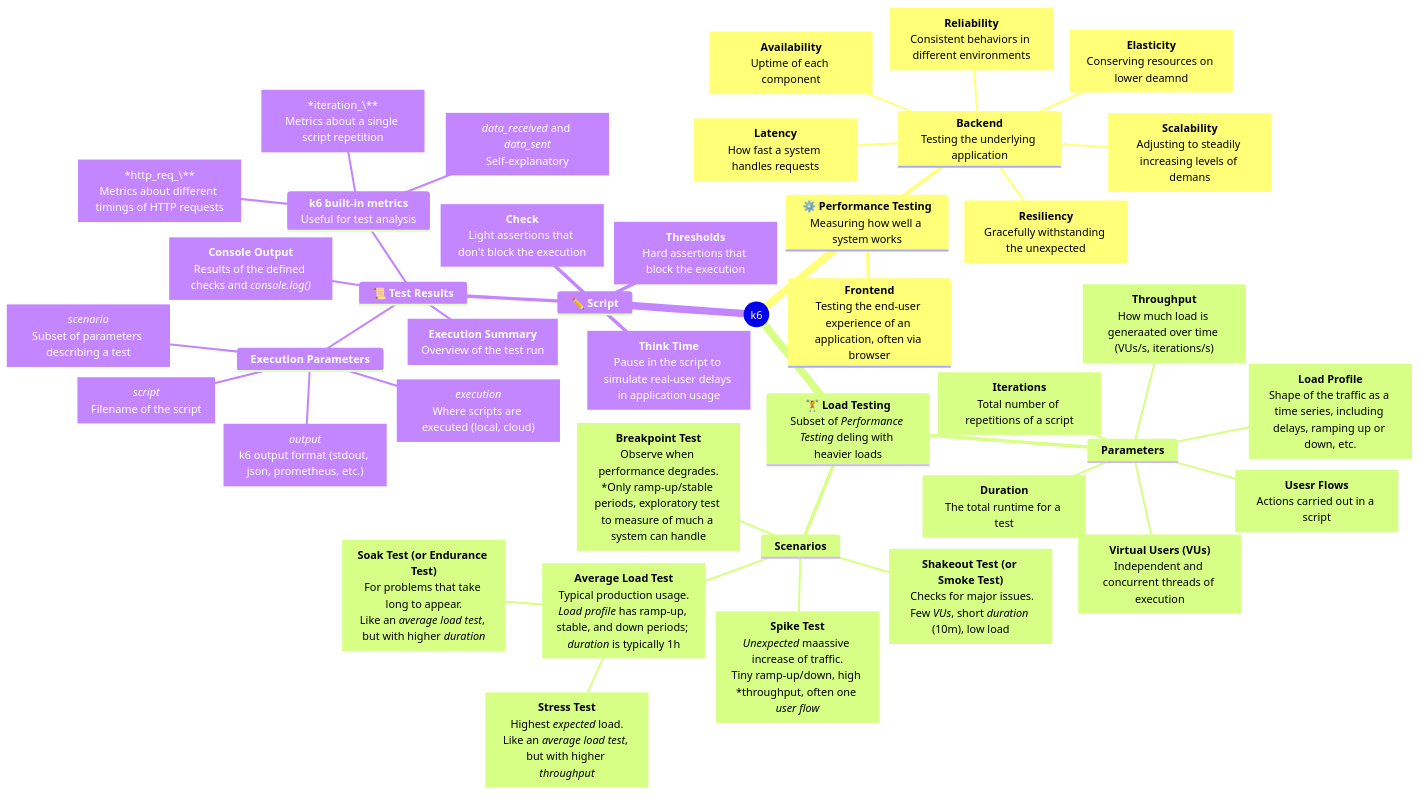
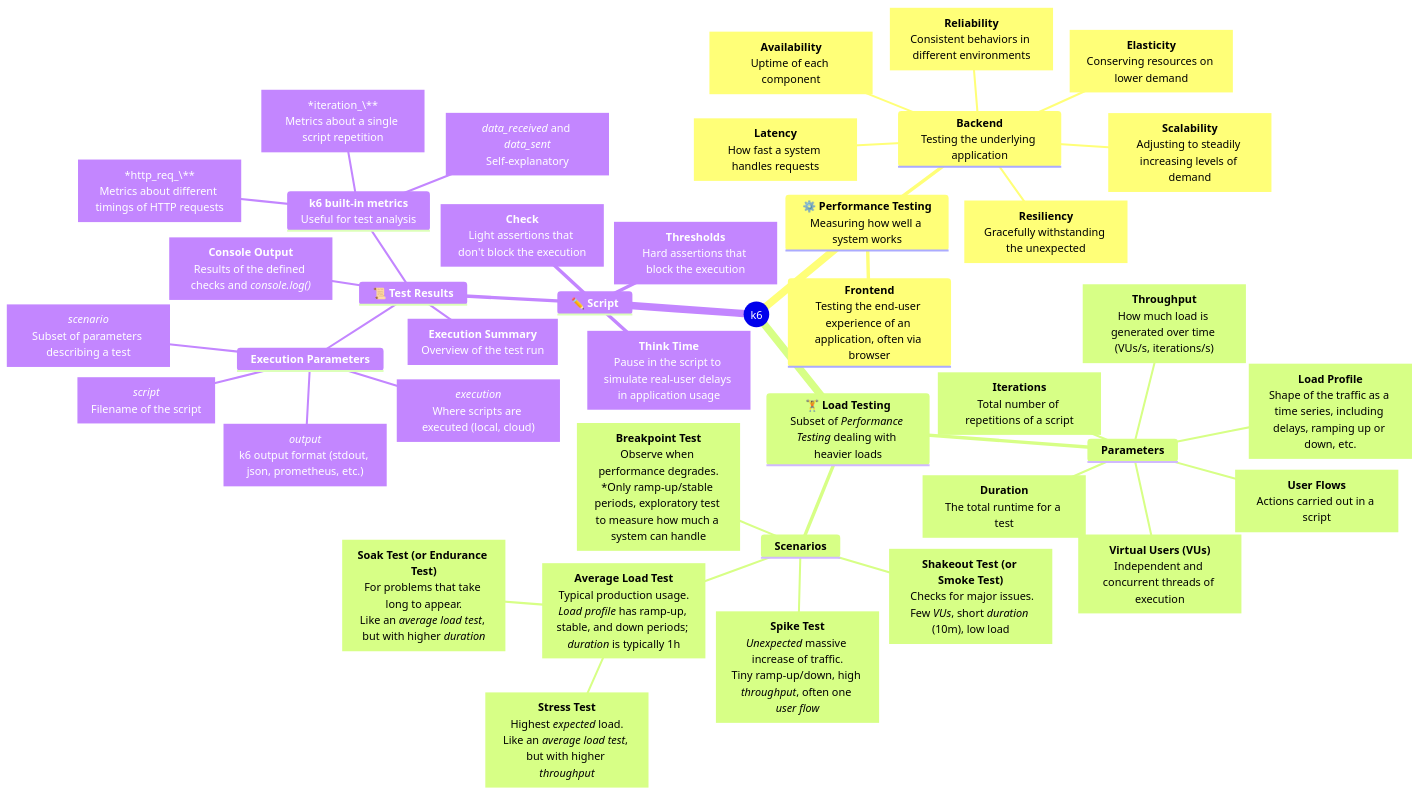
One commit to lucabello/lucabello.github.io changed the diagram in content/posts/my-journey-into-load-testing-learning-k6.md. Above: the diagram before and after it, drawn with Mermaid. The commit also changed 1 other file, not shown here.

Commit message:
fix: typos in mermaid chart and chart styling

````diff
--- a/content/posts/my-journey-into-load-testing-learning-k6.md
+++ b/content/posts/my-journey-into-load-testing-learning-k6.md
@@ -95,45 +95,44 @@
 ```mermaid
 mindmap
   root((k6))
     ⚙️ **Performance Testing**<br/>Measuring how well a system works
         **Frontend**<br/>Testing the end-user experience of an application, often via browser
         **Backend**<br/>Testing the underlying application
-            scalability["**Scalability**<br/>Adjusting to steadily increasing levels of demans"]
-            elasticity["**Elasticity**<br/>Conserving resources on lower deamnd"]
+            scalability["**Scalability**<br/>Adjusting to steadily increasing levels of demand"]
+            elasticity["**Elasticity**<br/>Conserving resources on lower demand"]
             availability["**Availability**<br/>Uptime of each component"]
-            reliabaility["**Reliability**<br/>Consistent behaviors in different environments"]
-            resilency["**Resiliency**<br/>Gracefully withstanding the unexpected"]
+            reliability["**Reliability**<br/>Consistent behaviors in different environments"]
+            resiliency["**Resiliency**<br/>Gracefully withstanding the unexpected"]
             latency["**Latency**<br/>How fast a system handles requests"]
-    🏋 **Load Testing**<br/>Subset of *Performance Testing* deling with heavier loads
+    🏋 **Load Testing**<br/>Subset of *Performance Testing* dealing with heavier loads
         **Parameters**
             vus["**Virtual Users (VUs)**<br/>Independent and concurrent threads of execution"]
             iterations["**Iterations**<br/>Total number of repetitions of a script"]
-            throughput["**Throughput**<br/>How much load is generaated over time (VUs/s, iterations/s)"]
-            user-flows["**Usesr Flows**<br/>Actions carried out in a script"]
+            throughput["**Throughput**<br/>How much load is generated over time (VUs/s, iterations/s)"]
+            user-flows["**User Flows**<br/>Actions carried out in a script"]
             load-profile["**Load Profile**<br/>Shape of the traffic as a time series, including delays, ramping up or down, etc."]
             duration["**Duration**<br/>The total runtime for a test"]
         **Scenarios**
             shakeout-test["**Shakeout Test (or Smoke Test)**<br/> Checks for major issues.<br/>Few *VUs*, short *duration* (10m), low load"]
             average-test["**Average Load Test**<br/>Typical production usage.<br/>*Load profile* has ramp-up, stable, and down periods; *duration* is typically 1h"]
                 stress-test["**Stress Test**<br/>Highest *expected* load.<br/>Like an *average load test*, but with higher *throughput*"]
                 soak-test["**Soak Test (or Endurance Test)**<br/>For problems that take long to appear.<br/>Like an *average load test*, but with higher *duration*"]
-            spike-test["**Spike Test**<br/>*Unexpected* maassive increase of traffic.<br/>Tiny ramp-up/down, high *throughput, often one *user flow*"]
-            brekapoint-test["**Breakpoint Test**<br/>Observe when performance degrades.<br/>*Only ramp-up/stable periods, exploratory test to measure of much a system can handle"]
+            spike-test["**Spike Test**<br/>*Unexpected* massive increase of traffic.<br/>Tiny ramp-up/down, high *throughput*, often one *user flow*"]
+            breakpoint-test["**Breakpoint Test**<br/>Observe when performance degrades.<br/>*Only ramp-up/stable periods, exploratory test to measure how much a system can handle"]
     ✏️ **Script**
         check["**Check**<br/>Light assertions that don't block the execution"]
         thinktime["**Think Time**<br/>Pause in the script to simulate real-user delays in application usage"]
         thresholds["**Thresholds**<br/>Hard assertions that block the execution"]
         📜 **Test Results**
             **Execution Parameters**
                 execution["*execution*<br/>Where scripts are executed (local, cloud)"]
                 script["*script*<br/>Filename of the script"]
                 output["*output*<br/>k6 output format (stdout, json, prometheus, etc.)"]
                 scenario["*scenario*<br/>Subset of parameters describing a test"]
             consoleoutput["**Console Output**<br/>Results of the defined checks and *console.log()*"]
             **k6 built-in metrics**<br/>Useful for test analysis
                 [*data_received* and *data_sent*<br/>Self-explanatory]
                 [*http_req_\\**<br/>Metrics about different timings of HTTP requests]
                 [*iteration_\\**<br/>Metrics about a single script repetition]
             [**Execution Summary**<br/>Overview of the test run]
-
 ```
````
